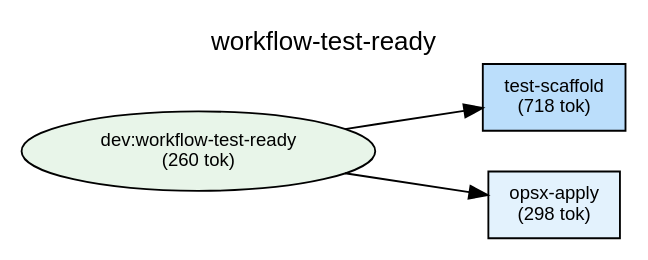
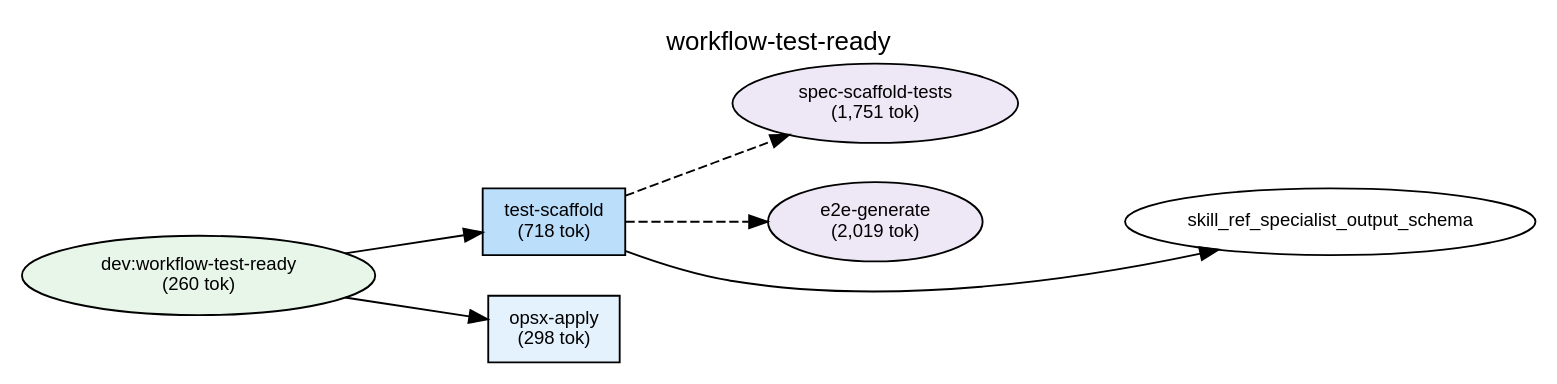
Before and after one commit to shuu5/twill: the diagram in plugins/dev/docs/deps-workflow-test-ready.dot, drawn with Graphviz. The commit also changed 22 other files, not shown here.

```diff
--- a/plugins/dev/docs/deps-workflow-test-ready.dot
+++ b/plugins/dev/docs/deps-workflow-test-ready.dot
@@ -1,45 +1,53 @@
 digraph Dependencies {
     // Graph settings
     rankdir=LR;
     ranksep=0.8;
     nodesep=0.3;
     fontname="Helvetica";
     node [fontname="Helvetica", fontsize=10];
     edge [fontname="Helvetica", fontsize=9];
     label="workflow-test-ready";
     labelloc=t;
     fontsize=14;
 
     // L0: Controller Skills
 
     // L0: Launchers
 
     // L0.5: Workflow Skills
     skill_workflow_test_ready [label="dev:workflow-test-ready\n(260 tok)", shape=ellipse, style=filled, fillcolor="#e8f5e9"];
 
     // Reference Skills
 
     // L1: Direct Commands
     cmd_opsx_apply [label="opsx-apply\n(298 tok)", shape=box, style=filled, fillcolor="#e3f2fd"];
     cmd_test_scaffold [label="test-scaffold\n(718 tok)", shape=box, style=filled, fillcolor="#bbdefb"];
 
     // L2: Sub Commands
 
     // L3: Agents
+    agent_spec_scaffold_tests [label="spec-scaffold-tests\n(1,751 tok)", shape=ellipse, style=filled, fillcolor="#ede7f6"];
+    agent_e2e_generate [label="e2e-generate\n(2,019 tok)", shape=ellipse, style=filled, fillcolor="#ede7f6"];
 
     // L3.5: Scripts
 
     // L4: External
 
     // Layer constraints
     { rank=same; skill_workflow_test_ready; }
     { rank=same; cmd_opsx_apply; cmd_test_scaffold; }
+    { rank=same; agent_spec_scaffold_tests; agent_e2e_generate; }
 
     // Edges
     skill_workflow_test_ready -> cmd_test_scaffold;
     skill_workflow_test_ready -> cmd_opsx_apply;
+    cmd_test_scaffold -> agent_spec_scaffold_tests [style=dashed];
+    cmd_test_scaffold -> agent_e2e_generate [style=dashed];
+    cmd_test_scaffold -> skill_ref_specialist_output_schema;
 
     // Ordering constraints (invisible edges)
     cmd_test_scaffold -> cmd_opsx_apply [style=invis, weight=10];
+    agent_spec_scaffold_tests -> agent_e2e_generate [style=invis, weight=10];
+    agent_e2e_generate -> skill_ref_specialist_output_schema [style=invis, weight=10];
 
 }
```
